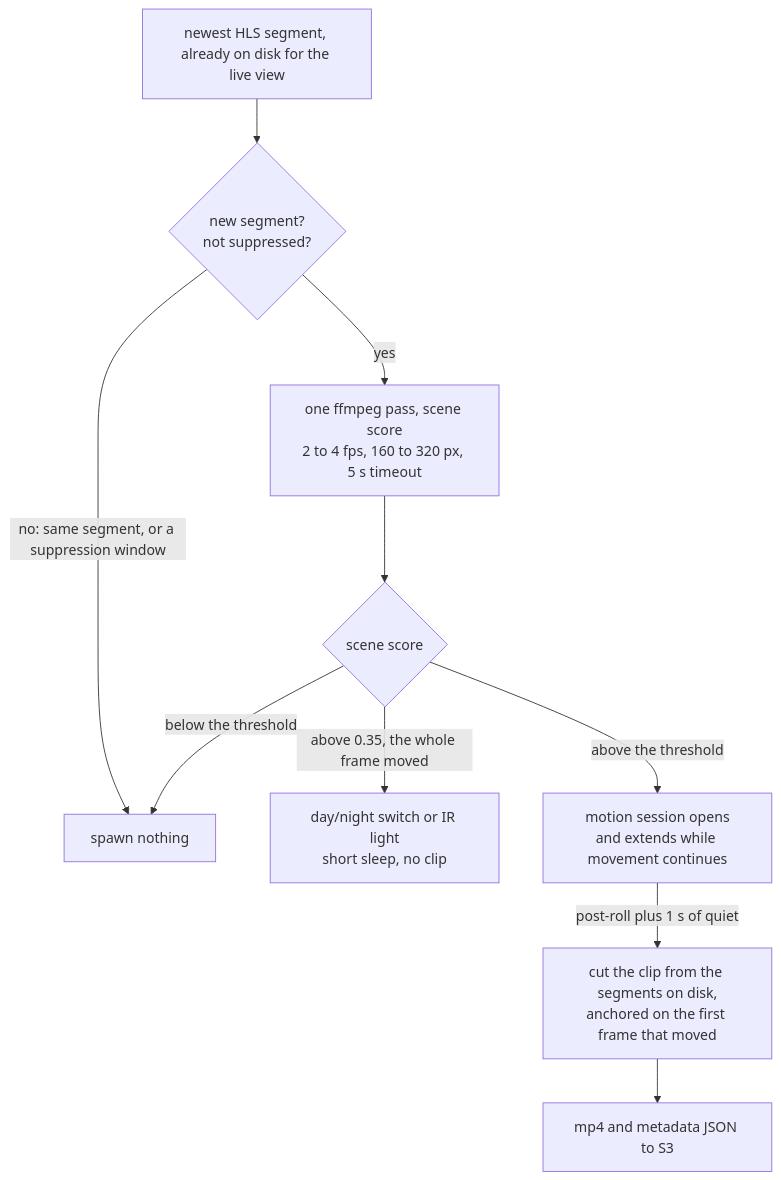
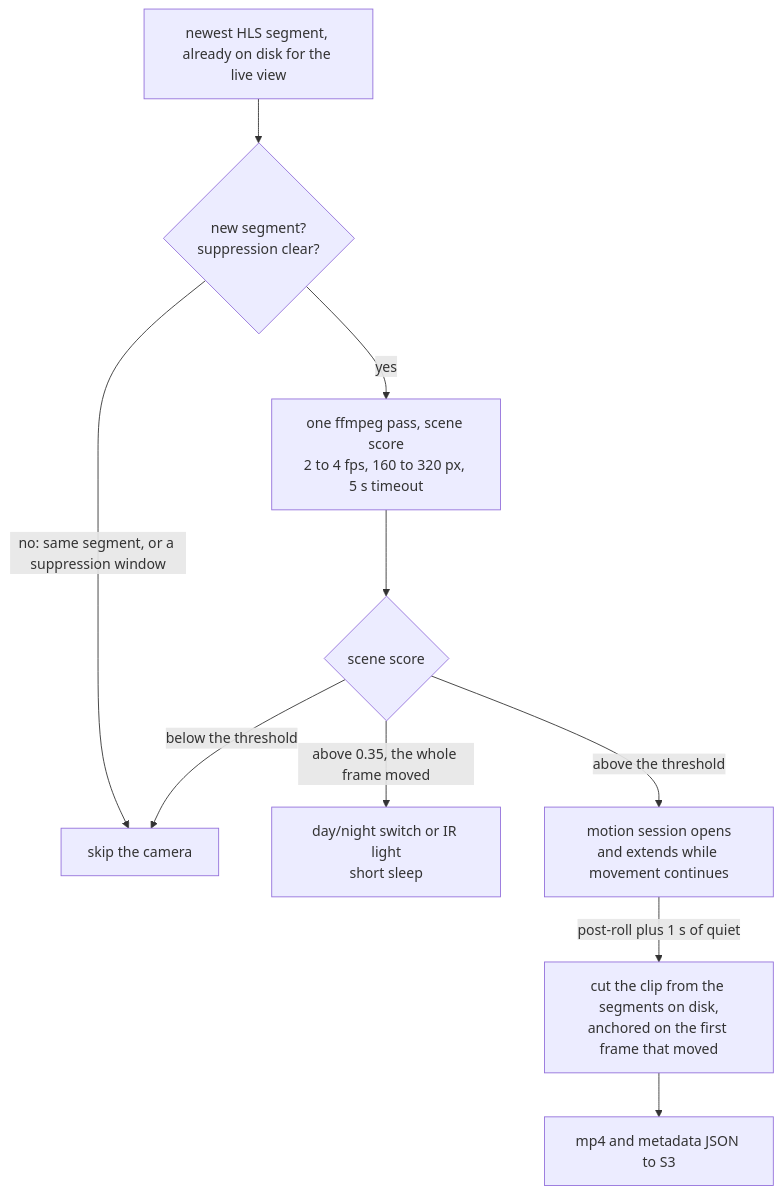
One commit to Franciskid/homelab-camera changed the second of 3 diagrams in README.md. Above: the diagram before and after it, drawn with Mermaid. The commit also changed other lines of this file, not shown here.

````diff
--- a/README.md
+++ b/README.md
@@ -69,12 +69,12 @@
 ```mermaid
 flowchart TD
-  seg["newest HLS segment, already on disk for the live view"] --> gate{"new segment?<br/>not suppressed?"}
-  gate -->|"no: same segment, or a suppression window"| skip["spawn nothing"]
+  seg["newest HLS segment, already on disk for the live view"] --> gate{"new segment?<br/>suppression clear?"}
+  gate -->|"no: same segment, or a suppression window"| skip["skip the camera"]
   gate -->|yes| score["one ffmpeg pass, scene score<br/>2 to 4 fps, 160 to 320 px, 5 s timeout"]
   score --> verdict{"scene score"}
   verdict -->|"below the threshold"| skip
-  verdict -->|"above 0.35, the whole frame moved"| night["day/night switch or IR light<br/>short sleep, no clip"]
+  verdict -->|"above 0.35, the whole frame moved"| night["day/night switch or IR light<br/>short sleep"]
   verdict -->|"above the threshold"| sess["motion session opens<br/>and extends while movement continues"]
   sess -->|"post-roll plus 1 s of quiet"| cut["cut the clip from the segments on disk,<br/>anchored on the first frame that moved"]
   cut --> s3["mp4 and metadata JSON to S3"]
 ```
````
